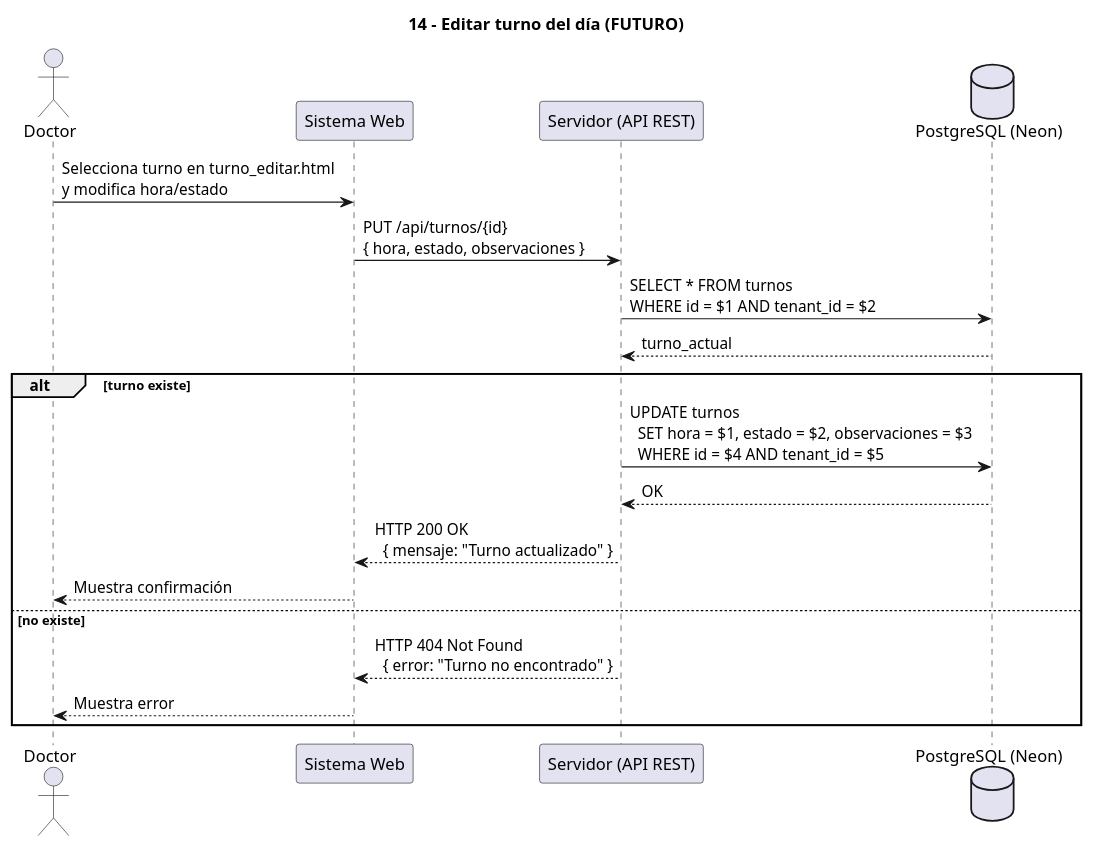
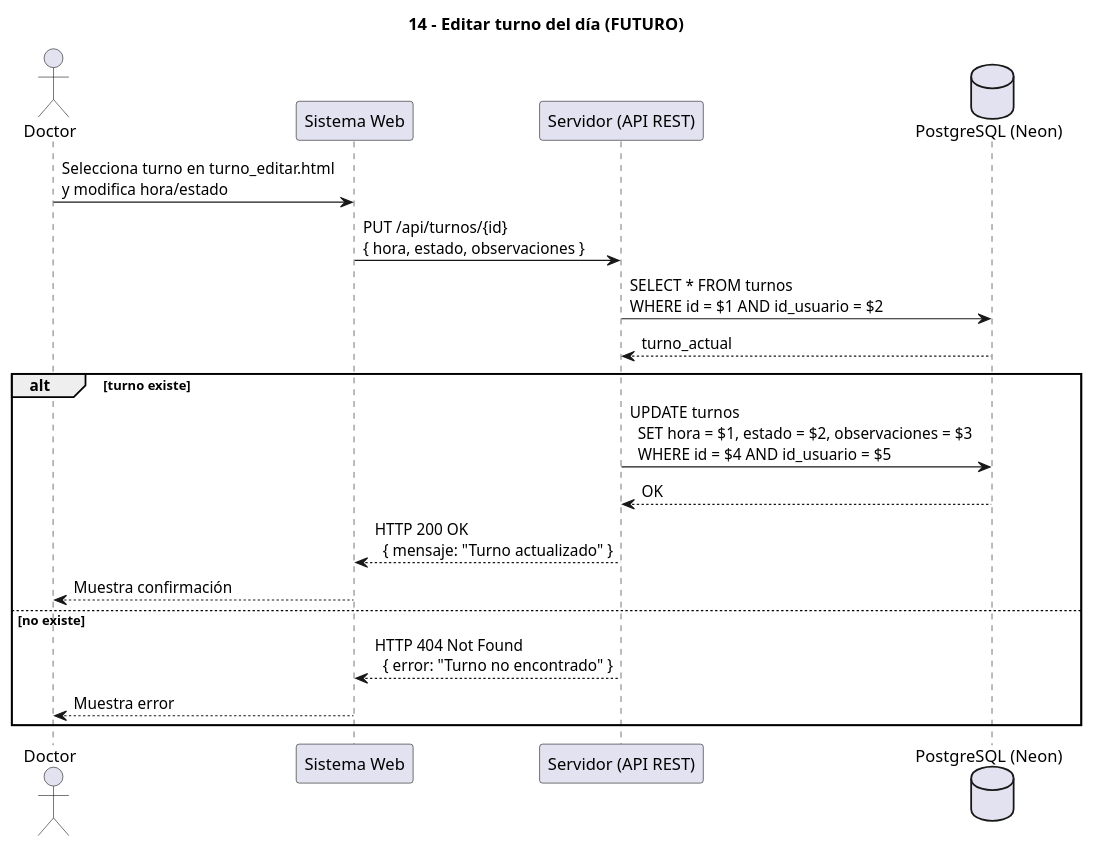
One commit to marcostoledo96/mvp_historias-clinicas changed the diagram in docs/14_editar_turno_del_dia.puml. Above: the diagram before and after it, drawn with PlantUML. The commit also changed 38 other files, not shown here.

Commit message:
Actualizacion UML

```diff
--- a/docs/14_editar_turno_del_dia.puml
+++ b/docs/14_editar_turno_del_dia.puml
@@ -1,30 +1,30 @@
 @startuml
 ' Diagrama 14 - Editar turno del día
 ' FUNCIONALIDAD FUTURA - No implementada en el MVP actual
 title 14 - Editar turno del día (FUTURO)
 
 actor Doctor
 participant "Sistema Web" as Web
 participant "Servidor (API REST)" as Server
 database "PostgreSQL (Neon)" as DB
 
 Doctor -> Web : Selecciona turno en turno_editar.html\ny modifica hora/estado
 
 Web -> Server : PUT /api/turnos/{id}\n{ hora, estado, observaciones }
 
-Server -> DB : SELECT * FROM turnos\nWHERE id = $1 AND tenant_id = $2
+Server -> DB : SELECT * FROM turnos\nWHERE id = $1 AND id_usuario = $2
 DB --> Server : turno_actual
 
 alt turno existe
-  Server -> DB : UPDATE turnos\n  SET hora = $1, estado = $2, observaciones = $3\n  WHERE id = $4 AND tenant_id = $5
+  Server -> DB : UPDATE turnos\n  SET hora = $1, estado = $2, observaciones = $3\n  WHERE id = $4 AND id_usuario = $5
   DB --> Server : OK
   
   Server --> Web : HTTP 200 OK\n  { mensaje: "Turno actualizado" }
   Web --> Doctor : Muestra confirmación
   
 else no existe
   Server --> Web : HTTP 404 Not Found\n  { error: "Turno no encontrado" }
   Web --> Doctor : Muestra error
 end
 
 @enduml
```
